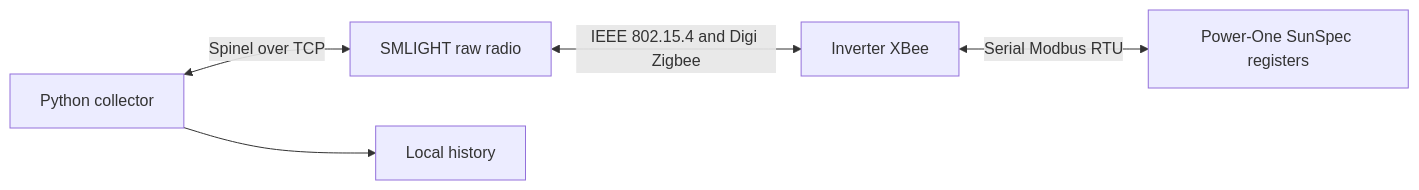
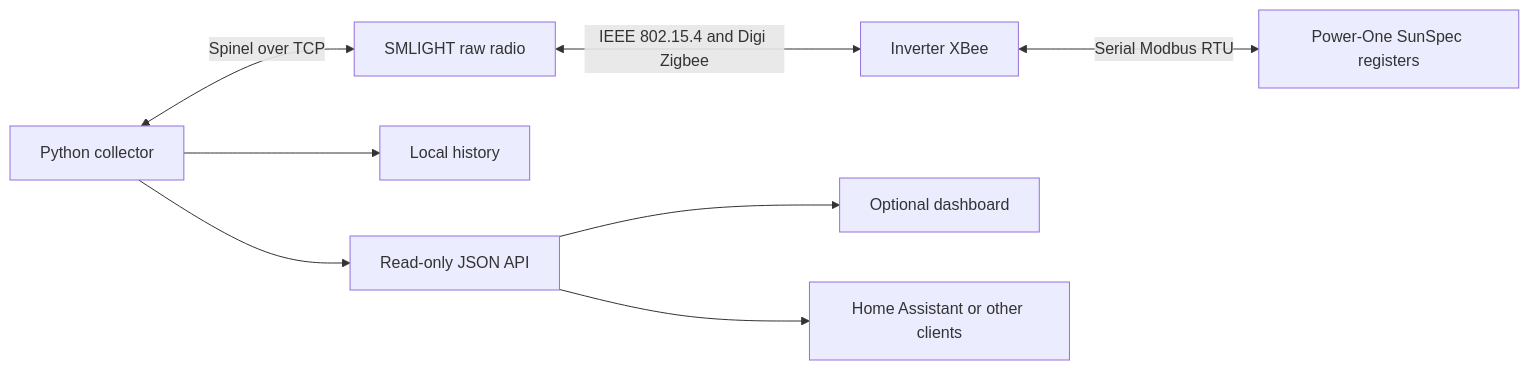
The first of 2 diagrams in docs/protocol.md (daltschu22/solar-city-inverter-radio), drawn with Mermaid before and after one commit. The commit also changed 26 other files, not shown here.

Commit message:
Separate standalone collector API from optional dashboard and document Home Assistant

````diff
--- a/docs/protocol.md
+++ b/docs/protocol.md
@@ -7,7 +7,10 @@
 ```mermaid
 flowchart LR
     Python[Python collector] <-->|Spinel over TCP| RCP[SMLIGHT raw radio]
     RCP <-->|IEEE 802.15.4 and Digi Zigbee| XBee[Inverter XBee]
     XBee <-->|Serial Modbus RTU| Inverter[Power-One SunSpec registers]
     Python --> SQLite[Local history]
+    Python --> API[Read-only JSON API]
+    API --> Dashboard[Optional dashboard]
+    API --> HA[Home Assistant or other clients]
 ```
````
